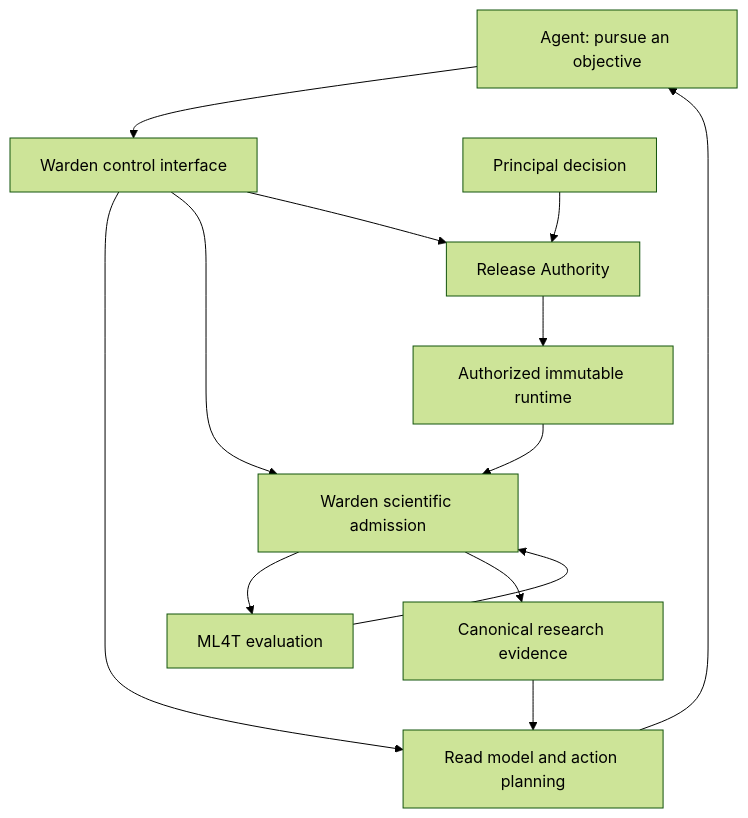
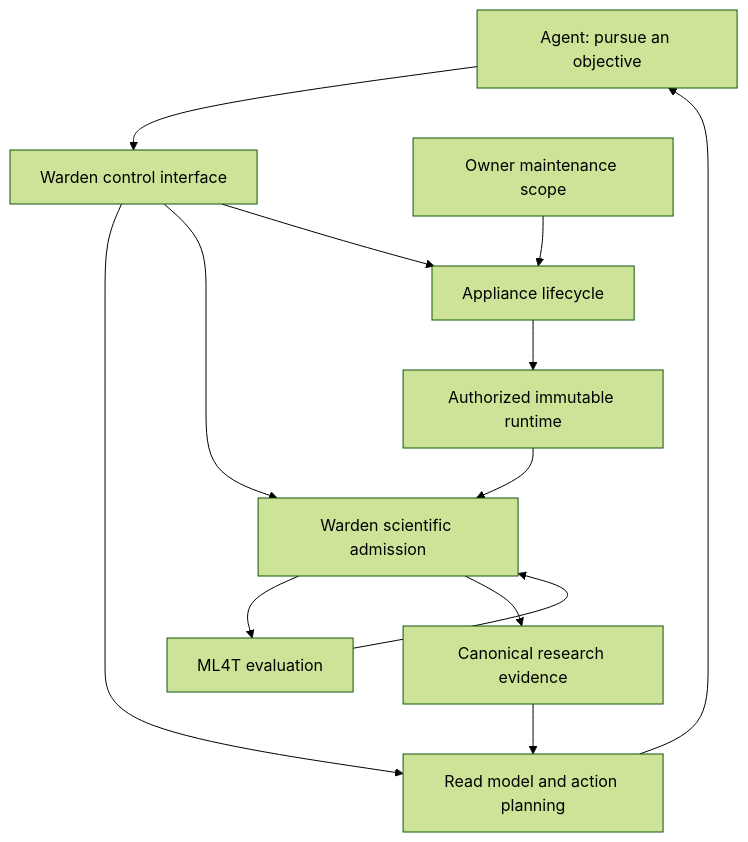
One commit to hzminhzz/quant-lab changed the diagram in docs/ARCHITECTURE.md. Above: the diagram before and after it, drawn with Mermaid (forest theme). The commit also changed other lines of this file and 23 other files, not shown here.

Commit message:
feat(appliance): govern verified maintenance by effects and preserve scientific authority

````diff
--- a/docs/ARCHITECTURE.md
+++ b/docs/ARCHITECTURE.md
@@ -74,15 +76,15 @@
 ```mermaid
 flowchart TD
   A["Agent: pursue an objective"] --> C["Warden control interface"]
   C --> R["Read model and action planning"]
   R --> A
   C --> W["Warden scientific admission"]
   W --> K["ML4T evaluation"]
   K --> W
   W --> E["Canonical research evidence"]
   E --> R
-  C --> L["Release Authority"]
-  P["Principal decision"] --> L
+  C --> L["Appliance lifecycle"]
+  P["Owner maintenance scope"] --> L
   L --> V["Authorized immutable runtime"]
   V --> W
 ```
````
